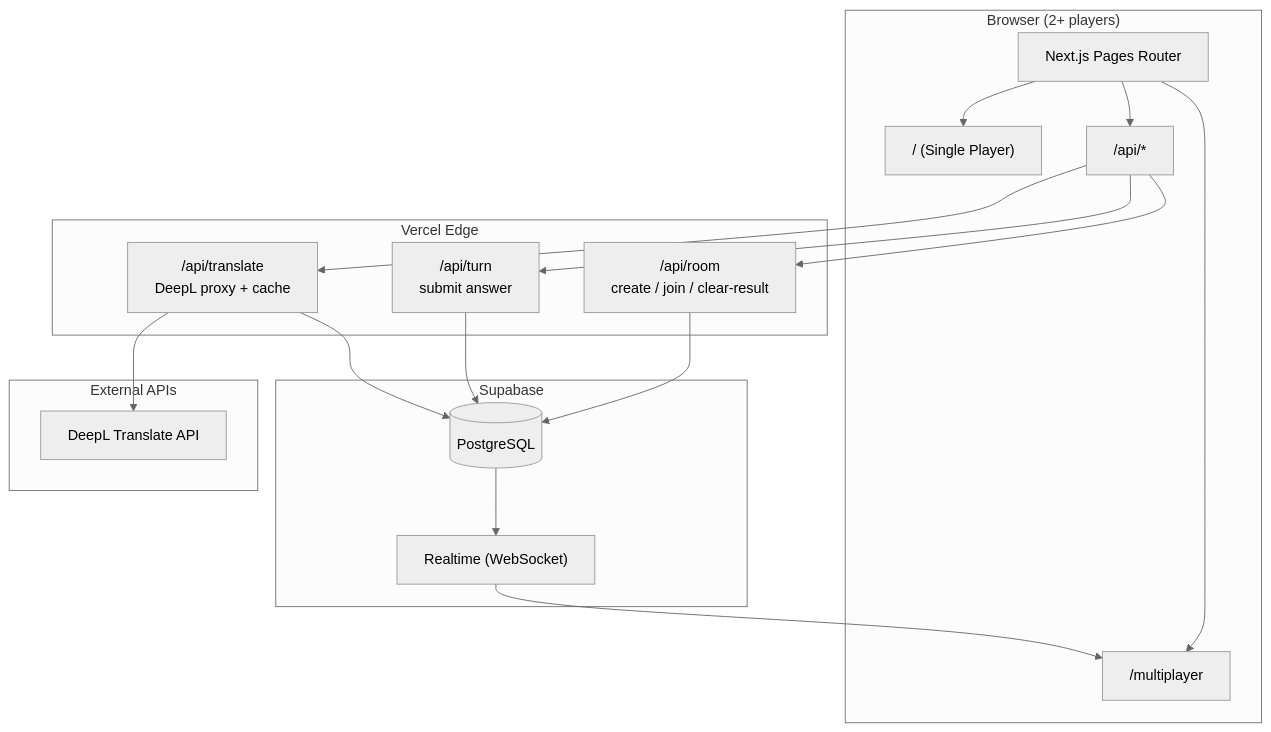
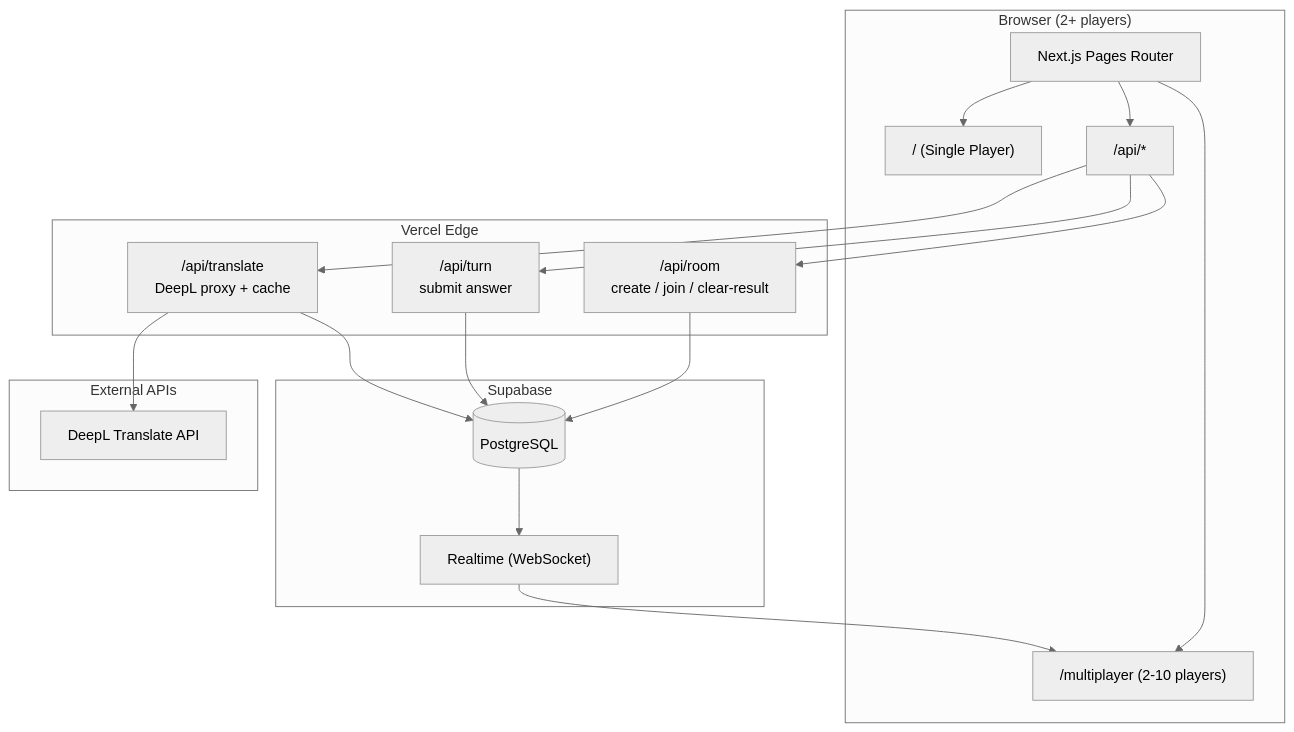
One commit to prokopHouda/history_game changed the first of 7 diagrams in docs/architecture.md. Above: the diagram before and after it, drawn with Mermaid (neutral theme). The commit also changed other lines of this file and 7 other files, not shown here.

First line of the commit message:
feat: support up to 10 players in multiplayer

````diff
--- a/docs/architecture.md
+++ b/docs/architecture.md
@@ -5,31 +5,31 @@
 ```mermaid
 flowchart TB
     subgraph Client["Browser (2+ players)"]
         A["Next.js Pages Router"]
         A --> SP["/ (Single Player)"]
-        A --> MP["/multiplayer"]
+        A --> MP["/multiplayer (2-10 players)"]
         A --> API["/api/*"]
     end
 
     subgraph Vercel["Vercel Edge"]
         API --> R["/api/room<br/>create / join / clear-result"]
         API --> T["/api/turn<br/>submit answer"]
         API --> X["/api/translate<br/>DeepL proxy + cache"]
     end
 
     subgraph Supabase["Supabase"]
         DB[("PostgreSQL")]
         RL["Realtime (WebSocket)"]
         DB --> RL
     end
 
     subgraph External["External APIs"]
         D["DeepL Translate API"]
     end
 
     R --> DB
     T --> DB
     X --> DB
     X --> D
     RL --> MP
 ```
````
